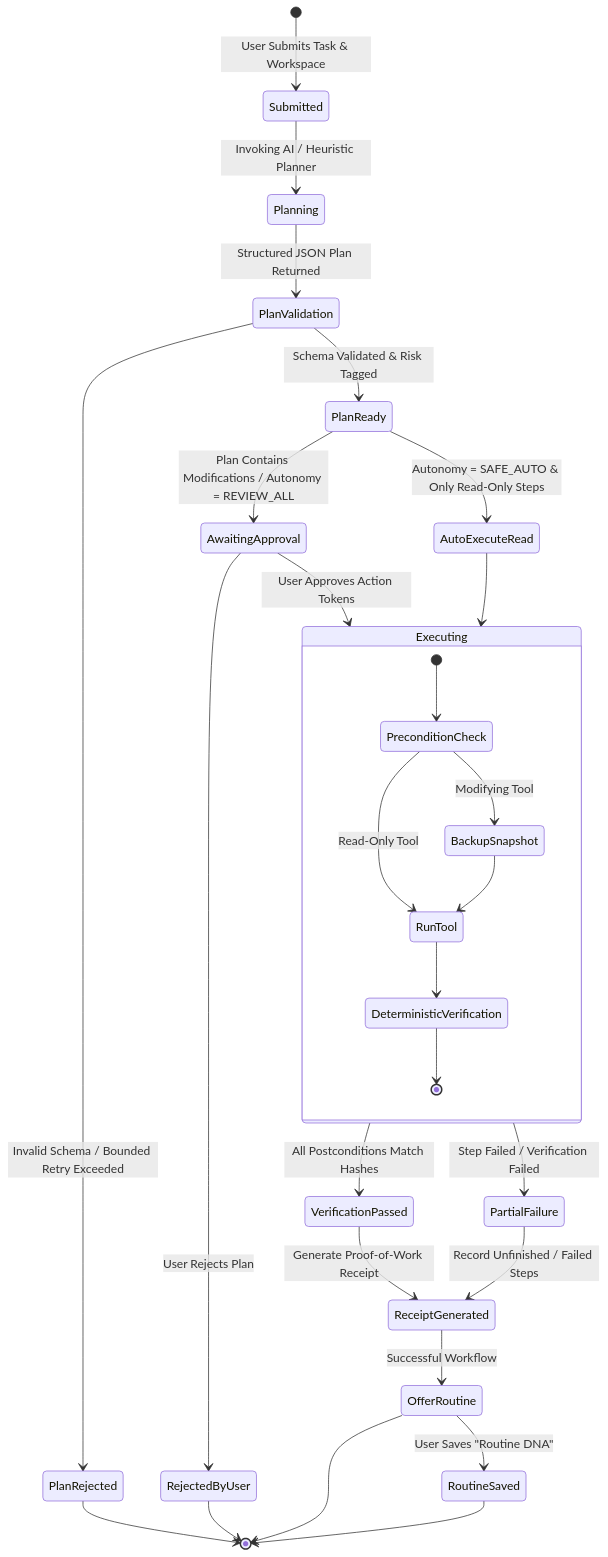
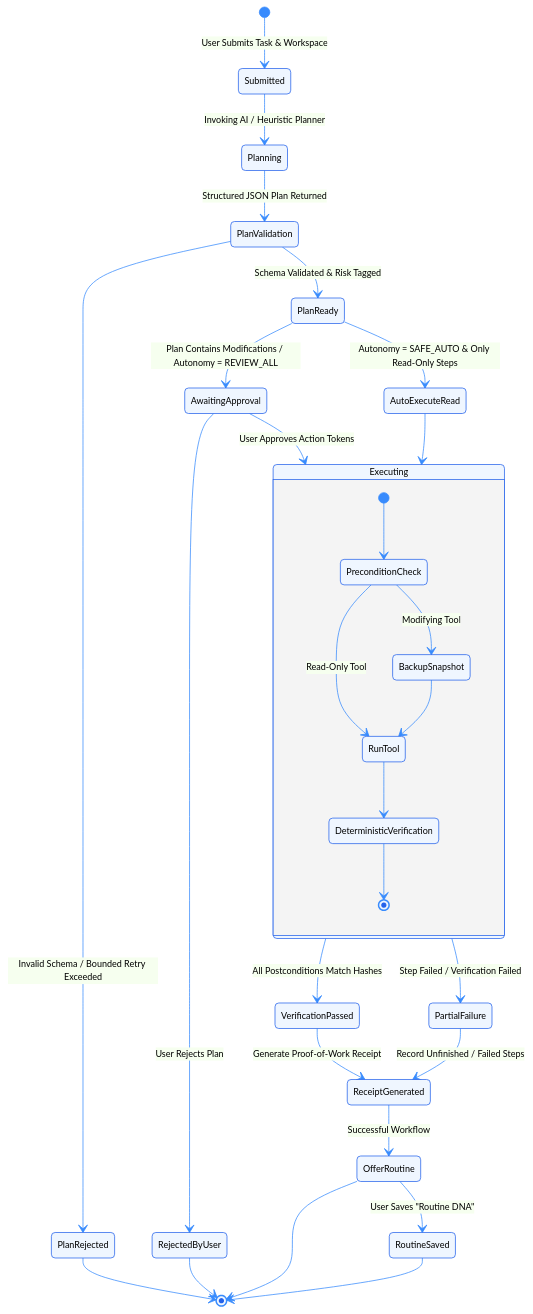
One commit to arnab825/LazyLoop-Ai changed the diagram in docs/diagrams/task_execution_flow.mmd. Above: the diagram before and after it, drawn with Mermaid. The commit also changed 3 other files, not shown here.

Commit message:
feat: add boundaries Mermaid architecture diagram

```diff
--- a/docs/diagrams/task_execution_flow.mmd
+++ b/docs/diagrams/task_execution_flow.mmd
@@ -1,36 +1,48 @@
+%%{init: {
+  'theme': 'base',
+  'themeVariables': {
+    'primaryColor': '#EFF6FF',
+    'primaryBorderColor': '#2563EB',
+    'primaryTextColor': '#000000',
+    'lineColor': '#388BFD',
+    'textColor': '#000000',
+    'fontFamily': 'system-ui, -apple-system, sans-serif',
+    'fontSize': '12px'
+  }
+}}%%
 stateDiagram-v2
     [*] --> Submitted: User Submits Task & Workspace
     Submitted --> Planning: Invoking AI / Heuristic Planner
     Planning --> PlanValidation: Structured JSON Plan Returned
     PlanValidation --> PlanRejected: Invalid Schema / Bounded Retry Exceeded
     PlanValidation --> PlanReady: Schema Validated & Risk Tagged
     PlanRejected --> [*]
 
     PlanReady --> AutoExecuteRead: Autonomy = SAFE_AUTO & Only Read-Only Steps
     PlanReady --> AwaitingApproval: Plan Contains Modifications / Autonomy = REVIEW_ALL
 
     AwaitingApproval --> RejectedByUser: User Rejects Plan
     RejectedByUser --> [*]
 
     AwaitingApproval --> Executing: User Approves Action Tokens
     AutoExecuteRead --> Executing
 
     state Executing {
         [*] --> PreconditionCheck
         PreconditionCheck --> BackupSnapshot: Modifying Tool
         PreconditionCheck --> RunTool: Read-Only Tool
         BackupSnapshot --> RunTool
         RunTool --> DeterministicVerification
         DeterministicVerification --> [*]
     }
 
     Executing --> VerificationPassed: All Postconditions Match Hashes
     Executing --> PartialFailure: Step Failed / Verification Failed
 
     VerificationPassed --> ReceiptGenerated: Generate Proof-of-Work Receipt
     PartialFailure --> ReceiptGenerated: Record Unfinished / Failed Steps
 
     ReceiptGenerated --> OfferRoutine: Successful Workflow
     OfferRoutine --> RoutineSaved: User Saves "Routine DNA"
     OfferRoutine --> [*]
     RoutineSaved --> [*]
```
